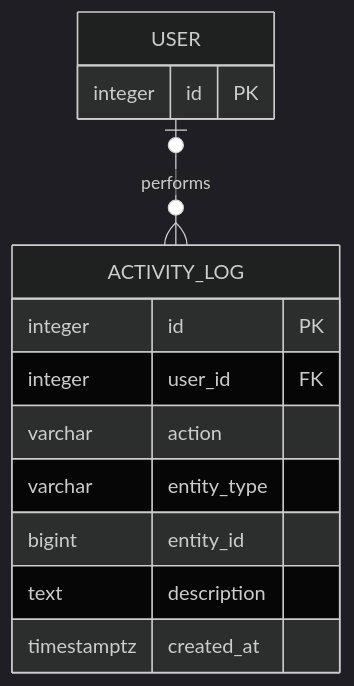
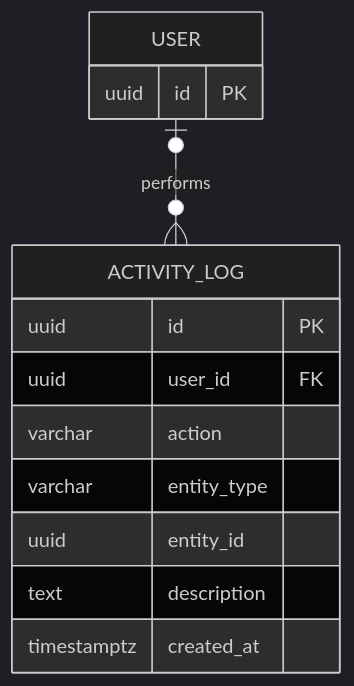
One commit to SyedaAlishba12/inventory-sales-management-system changed the diagram in docs/ERD/activity-log.md. Above: the diagram before and after it, drawn with Mermaid (dark theme). The commit also changed other lines of this file and 7 other files, not shown here.

````diff
--- a/docs/ERD/activity-log.md
+++ b/docs/ERD/activity-log.md
@@ -24,16 +24,16 @@
 ```mermaid
 erDiagram
     USER o|--o{ ACTIVITY_LOG : performs
     USER {
-        integer id PK
+        uuid id PK
     }
     ACTIVITY_LOG {
-        integer id PK
-        integer user_id FK
+        uuid id PK
+        uuid user_id FK
         varchar action
         varchar entity_type
-        bigint entity_id
+        uuid entity_id
         text description
         timestamptz created_at
     }
 ```
````
